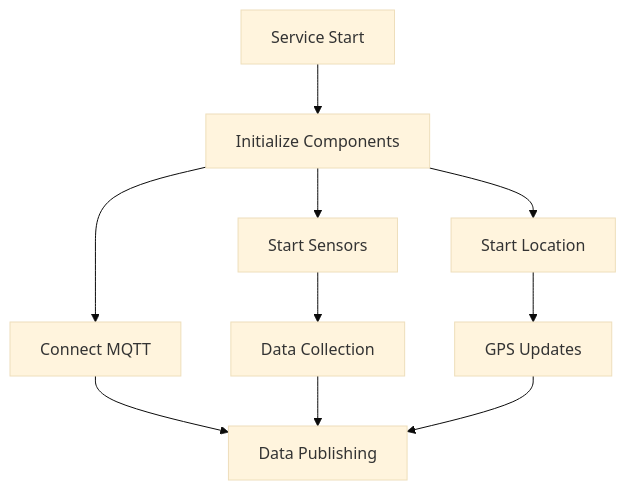
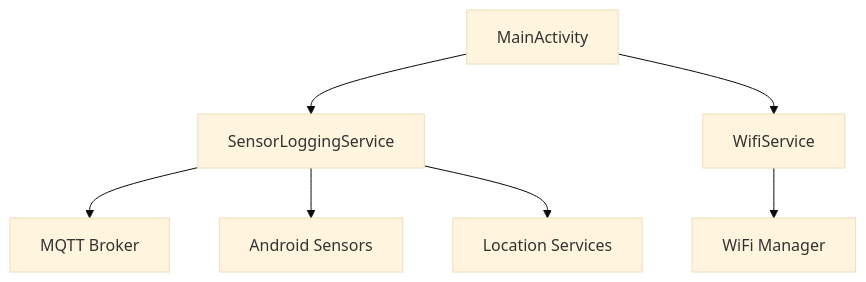
Before and after one commit to rcznp/test_doc_2: the first of 3 diagrams in AppArchitecture.md, drawn with Mermaid (base theme). The commit also changed other lines of this file, not shown here.

````diff
--- a/AppArchitecture.md
+++ b/AppArchitecture.md
@@ -56,12 +52,9 @@
 ```mermaid
 graph TD
-    A[Service Start] --> B[Initialize Components]
-    B --> C[Start Sensors]
-    B --> D[Connect MQTT]
-    B --> E[Start Location]
-    C --> F[Data Collection]
-    D --> G[Data Publishing]
-    E --> H[GPS Updates]
-    F --> G
-    H --> G
+    A[MainActivity] --> B[SensorLoggingService]
+    A --> C[WifiService]
+    B --> D[MQTT Broker]
+    B --> E[Android Sensors]
+    C --> F[WiFi Manager]
+    B --> G[Location Services]
 ```
````
